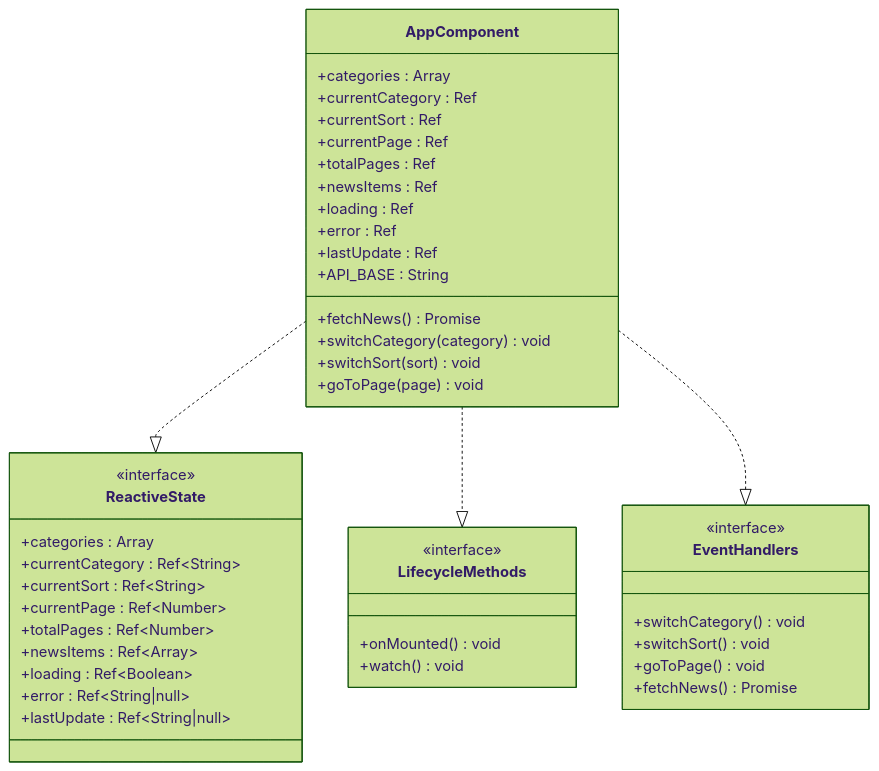
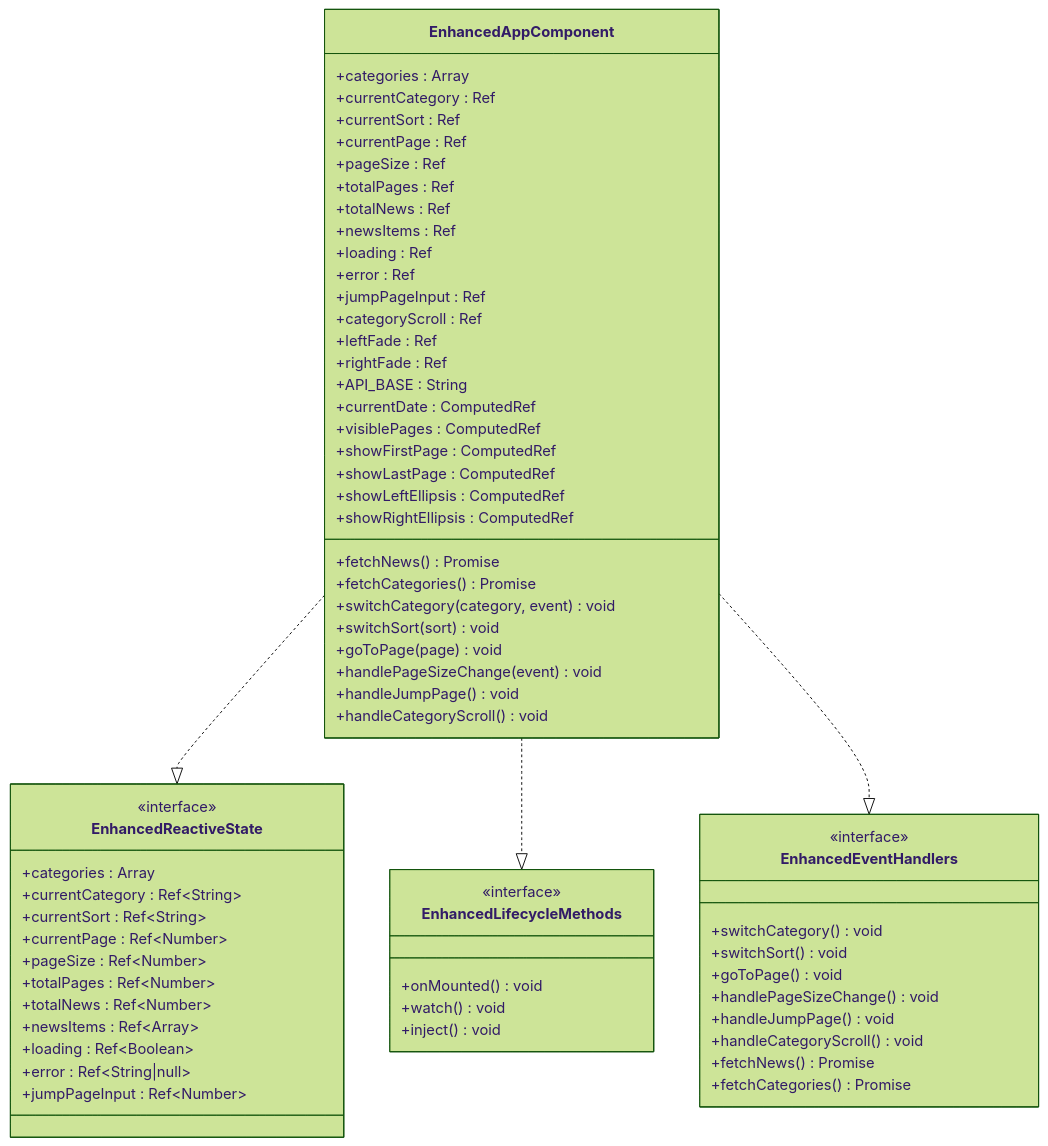
The fourth of 11 diagrams in .qoder/repowiki/en/content/Frontend Application/App Component.md (zbw-zbw/news-aggregator), drawn with Mermaid (forest theme) before and after one commit. The commit also changed other lines of this file and 4 other files, not shown here.

````diff
--- a/.qoder/repowiki/en/content/Frontend Application/App Component.md
+++ b/.qoder/repowiki/en/content/Frontend Application/App Component.md
@@ -165,46 +194,68 @@
 ```mermaid
 classDiagram
-class AppComponent {
+class EnhancedAppComponent {
 +categories : Array
 +currentCategory : Ref
 +currentSort : Ref
 +currentPage : Ref
++pageSize : Ref
 +totalPages : Ref
++totalNews : Ref
 +newsItems : Ref
 +loading : Ref
 +error : Ref
-+lastUpdate : Ref
++jumpPageInput : Ref
++categoryScroll : Ref
++leftFade : Ref
++rightFade : Ref
 +API_BASE : String
++currentDate : ComputedRef
++visiblePages : ComputedRef
++showFirstPage : ComputedRef
++showLastPage : ComputedRef
++showLeftEllipsis : ComputedRef
++showRightEllipsis : ComputedRef
 +fetchNews() Promise
-+switchCategory(category) void
++fetchCategories() Promise
++switchCategory(category, event) void
 +switchSort(sort) void
 +goToPage(page) void
++handlePageSizeChange(event) void
++handleJumpPage() void
++handleCategoryScroll() void
 }
-class ReactiveState {
+class EnhancedReactiveState {
 <<interface>>
 +categories : Array
 +currentCategory : Ref~String~
 +currentSort : Ref~String~
 +currentPage : Ref~Number~
++pageSize : Ref~Number~
 +totalPages : Ref~Number~
++totalNews : Ref~Number~
 +newsItems : Ref~Array~
 +loading : Ref~Boolean~
 +error : Ref~String|null~
-+lastUpdate : Ref~String|null~
++jumpPageInput : Ref~Number~
 }
-class LifecycleMethods {
+class EnhancedLifecycleMethods {
 <<interface>>
 +onMounted() void
 +watch() void
++inject() void
 }
-class EventHandlers {
+class EnhancedEventHandlers {
 <<interface>>
 +switchCategory() void
 +switchSort() void
 +goToPage() void
++handlePageSizeChange() void
++handleJumpPage() void
++handleCategoryScroll() void
 +fetchNews() Promise
++fetchCategories() Promise
 }
-AppComponent ..|> ReactiveState
-AppComponent ..|> LifecycleMethods
-AppComponent ..|> EventHandlers
+EnhancedAppComponent ..|> EnhancedReactiveState
+EnhancedAppComponent ..|> EnhancedLifecycleMethods
+EnhancedAppComponent ..|> EnhancedEventHandlers
 ```
````
